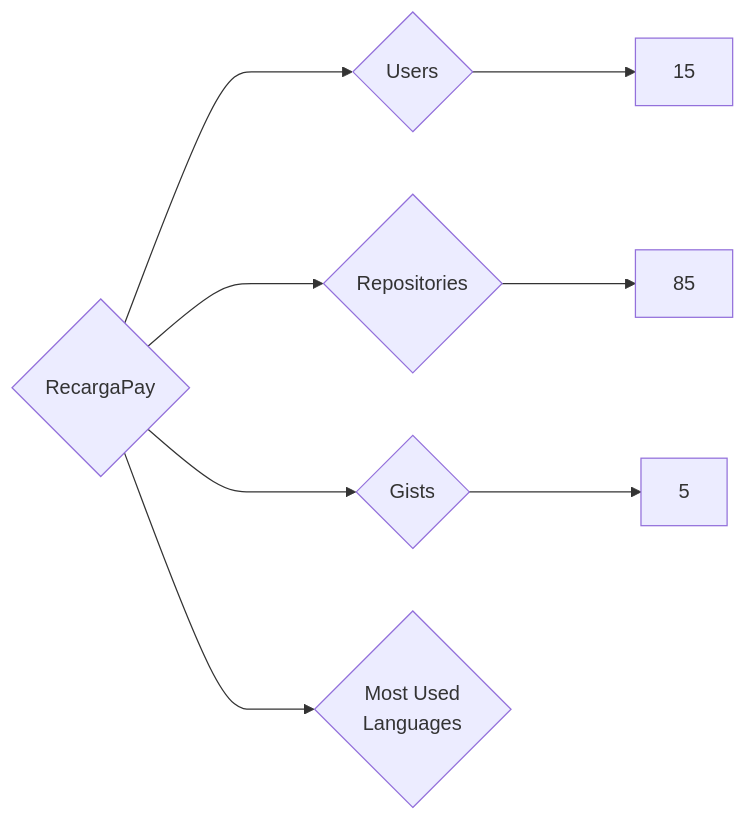
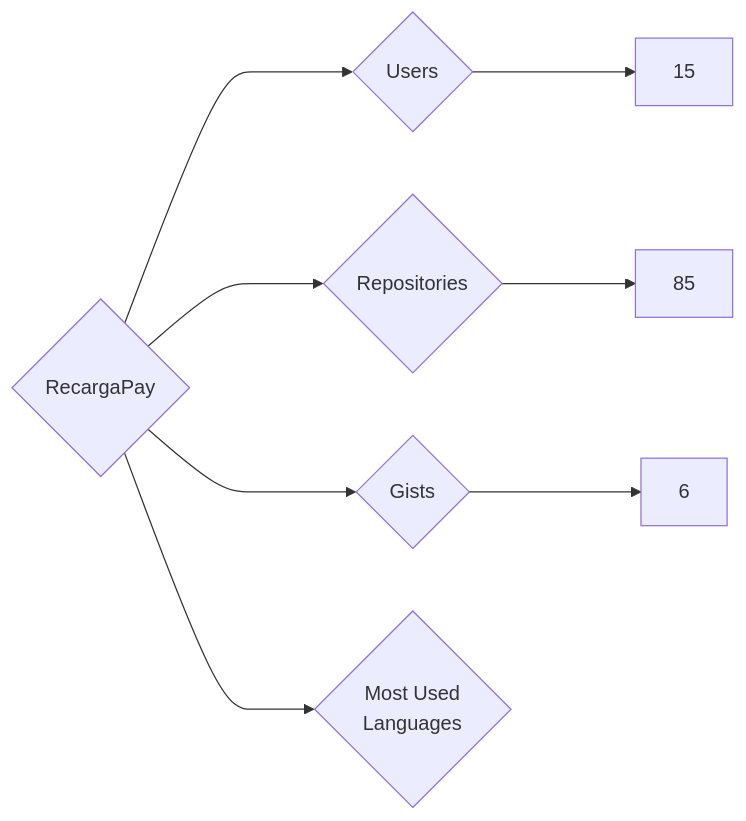
One commit to nenadzaric/insiders changed the diagram in targets/RecargaPay/README.md. Above: the diagram before and after it, drawn with Mermaid. The commit also changed 1342 other files, not shown here.

````diff
--- a/targets/RecargaPay/README.md
+++ b/targets/RecargaPay/README.md
@@ -3,8 +3,8 @@
 ```mermaid
 graph LR
 COMPANY_NAME{RecargaPay}
 COMPANY_NAME ---> U{Users} ---> UN[15]
 COMPANY_NAME ---> R{Repositories} ---> RN[85]
-COMPANY_NAME ---> G{Gists} ---> GN[5]
+COMPANY_NAME ---> G{Gists} ---> GN[6]
 COMPANY_NAME ---> ML{Most Used<br>Languages}
 ```
````
